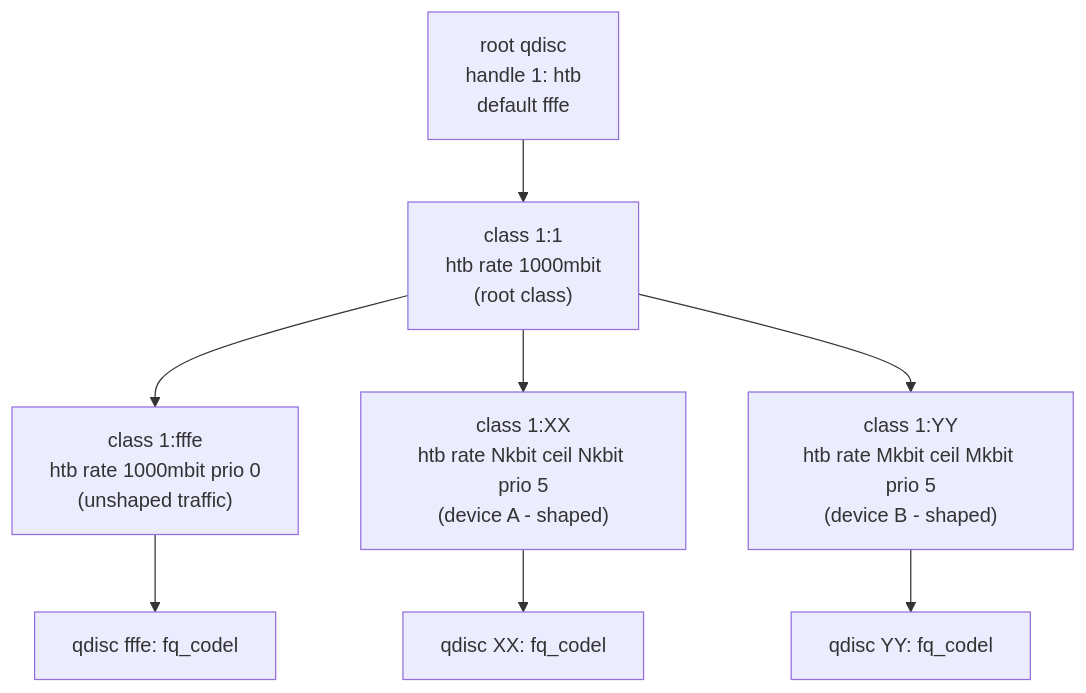
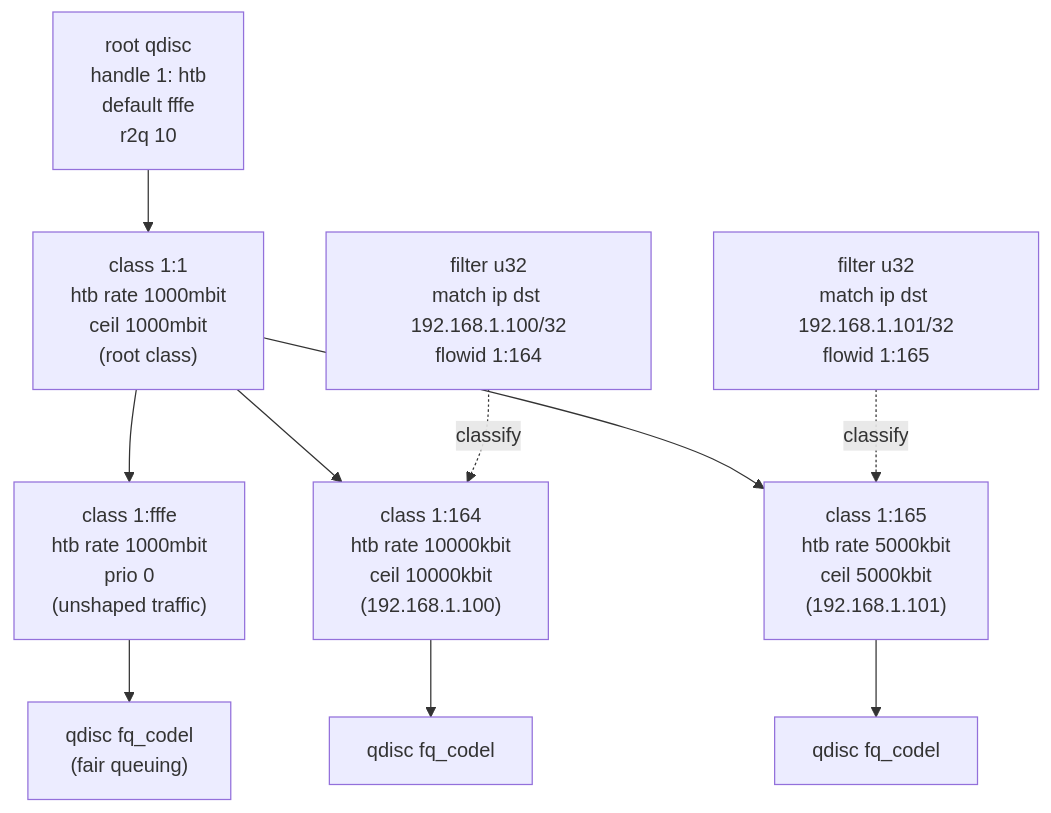
One commit to GWan1234/luci-app-trafficctl changed the fifth of 6 diagrams in docs/ARCHITECTURE.md. Above: the diagram before and after it, drawn with Mermaid. The commit also changed other lines of this file and 4 other files, not shown here.

First line of the commit message:
Rewrite all documentation with current script names and mermaid diagrams

````diff
--- a/docs/ARCHITECTURE.md
+++ b/docs/ARCHITECTURE.md
@@ -170,21 +220,32 @@
 ```mermaid
 graph TD
-    ROOT["root qdisc<br/>handle 1: htb<br/>default fffe"]
-    ROOT_CLASS["class 1:1<br/>htb rate 1000mbit<br/>(root class)"]
-    DEFAULT["class 1:fffe<br/>htb rate 1000mbit prio 0<br/>(unshaped traffic)"]
-    FQ_DEFAULT["qdisc fffe: fq_codel"]
-    
-    DEV_A["class 1:XX<br/>htb rate Nkbit ceil Nkbit prio 5<br/>(device A - shaped)"]
-    FQ_A["qdisc XX: fq_codel"]
-    
-    DEV_B["class 1:YY<br/>htb rate Mkbit ceil Mkbit prio 5<br/>(device B - shaped)"]
-    FQ_B["qdisc YY: fq_codel"]
+    ROOT["root qdisc<br/>handle 1: htb<br/>default fffe<br/>r2q 10"]
+
+    ROOT_CLASS["class 1:1<br/>htb rate 1000mbit<br/>ceil 1000mbit<br/>(root class)"]
+
+    DEFAULT["class 1:fffe<br/>htb rate 1000mbit<br/>prio 0<br/>(unshaped traffic)"]
+
+    FQ_DEFAULT["qdisc fq_codel<br/>(fair queuing)"]
+
+    DEV_A["class 1:164<br/>htb rate 10000kbit<br/>ceil 10000kbit<br/>(192.168.1.100)"]
+
+    FQ_A["qdisc fq_codel"]
+
+    DEV_B["class 1:165<br/>htb rate 5000kbit<br/>ceil 5000kbit<br/>(192.168.1.101)"]
+
+    FQ_B["qdisc fq_codel"]
+
+    FILTER_A["filter u32<br/>match ip dst 192.168.1.100/32<br/>flowid 1:164"]
+
+    FILTER_B["filter u32<br/>match ip dst 192.168.1.101/32<br/>flowid 1:165"]
 
     ROOT --> ROOT_CLASS
     ROOT_CLASS --> DEFAULT
     ROOT_CLASS --> DEV_A
     ROOT_CLASS --> DEV_B
     DEFAULT --> FQ_DEFAULT
     DEV_A --> FQ_A
     DEV_B --> FQ_B
+    FILTER_A -.->|"classify"| DEV_A
+    FILTER_B -.->|"classify"| DEV_B
 ```
````
